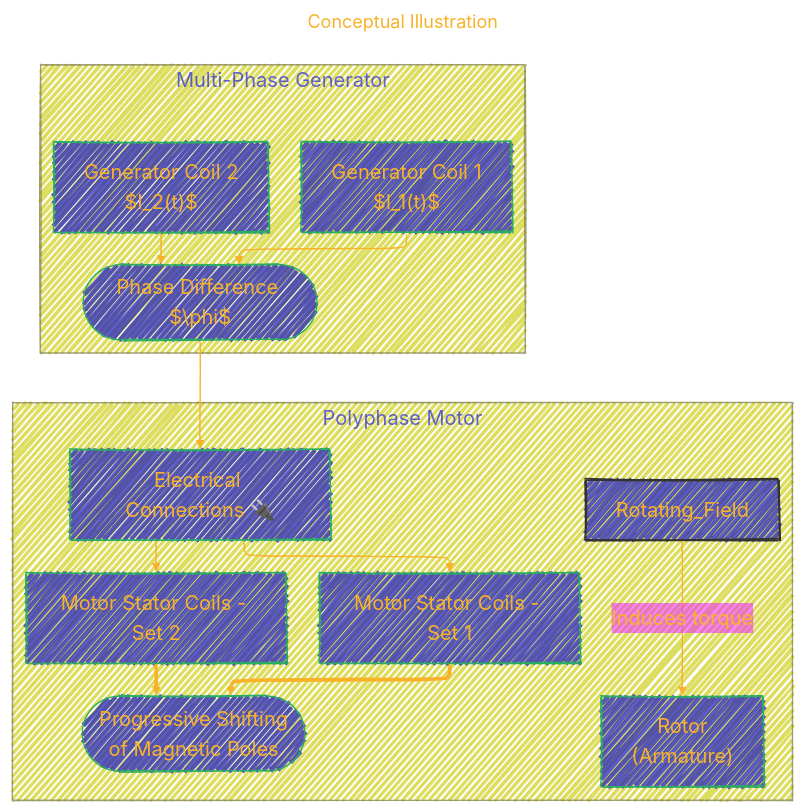
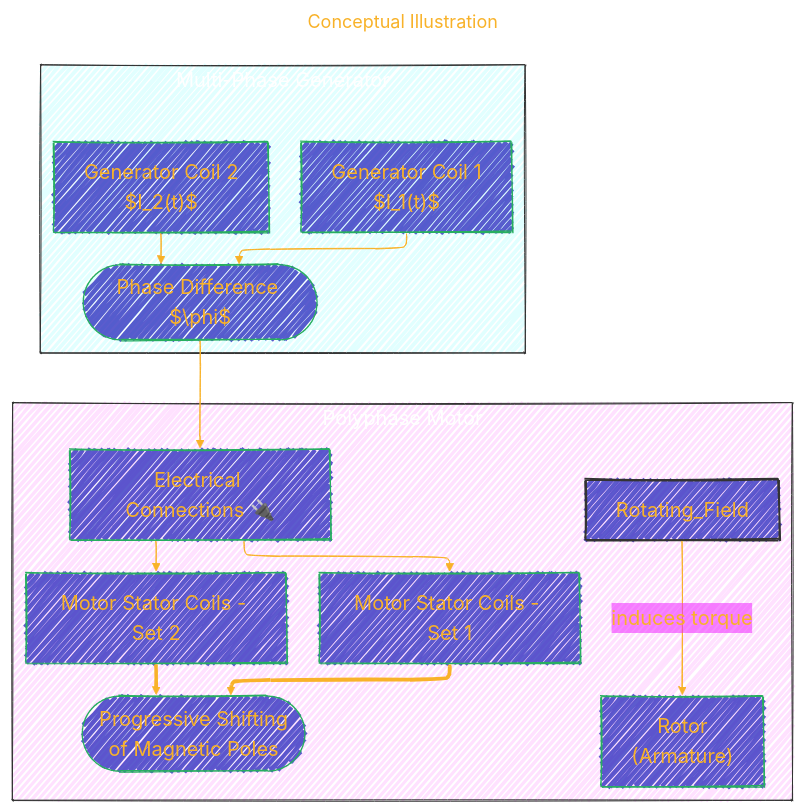
Before and after one commit to CongLeSolutionX/Nikola_Tesla: the third of 14 diagrams in BOOK_Transmission_of_Power_POLYPHASE_SYSTEM_Tesla_patents/BOOK_Transmission_of_Power_POLYPHASE_SYSTEM_Tesla_patents.md, drawn with Mermaid. The commit also changed other lines of this file, not shown here.

````diff
--- a/BOOK_Transmission_of_Power_POLYPHASE_SYSTEM_Tesla_patents/BOOK_Transmission_of_Power_POLYPHASE_SYSTEM_Tesla_patents.md
+++ b/BOOK_Transmission_of_Power_POLYPHASE_SYSTEM_Tesla_patents/BOOK_Transmission_of_Power_POLYPHASE_SYSTEM_Tesla_patents.md
@@ -165,57 +165,59 @@
 ```mermaid
 ---
 title: "Conceptual Illustration"
 author: "Cong Le"
 version: "1.0"
 license(s): "MIT, CC BY-SA 4.0"
 copyright: "Copyright (c) 2025 Cong Le. All Rights Reserved."
 config:
   layout: elk
   theme: base
   look: handDrawn
 ---
 %%%%%%%% Mermaid version v11.4.1-b.14
 %%%%%%%% Available curve styles include the following keywords:
 %% basis, bumpX, bumpY, cardinal, catmullRom, linear, monotoneX, monotoneY, natural, step, stepAfter, stepBefore.
 %%{
   init: {
     'flowchart': { 'htmlLabels': true, 'curve': 'basis' },
     'fontFamily': 'American Typewriter, monospace',
     'logLevel': 'fatal',
     'themeVariables': {
       'primaryColor': '#22BB',
       'primaryTextColor': '#F8B229',
       'lineColor': '#F8B229',
       'primaryBorderColor': '#27AE60',
       'secondaryColor': '#E2F1',
       'secondaryTextColor': '#6C3483',
       'secondaryBorderColor': '#A569BD',
       'fontSize': '20px'
     }
   }
 }%%
 flowchart TD
     subgraph MultiPhase_Generator["Multi-Phase Generator"]
+    style MultiPhase_Generator fill:#2FF2,stroke:#333,stroke-width:1px, color: #FFFF
         G_Coil1["Generator Coil 1<br/>$I_1(t)$"]
         G_Coil2["Generator Coil 2<br/>$I_2(t)$"]
         PhaseDiff(["Phase Difference $\phi$"])
         G_Coil1 --> PhaseDiff
         G_Coil2 --> PhaseDiff
     end
 
     PhaseDiff --> Connections["Electrical Connections 🔌"]
 
     subgraph Polyphase_Motor["Polyphase Motor"]
+    style Polyphase_Motor fill:#F2F2,stroke:#333,stroke-width:1px, color: #FFFF
         M_Coil_Set1["Motor Stator Coils - Set 1"]
         M_Coil_Set2["Motor Stator Coils - Set 2"]
         Rotor["Rotor<br/>(Armature)"]
         RotatingField(["Progressive Shifting <br/> of Magnetic Poles"])
         Connections --> M_Coil_Set1
         Connections --> M_Coil_Set2
         M_Coil_Set1 ==> RotatingField
         M_Coil_Set2 ==> RotatingField
-        Rotating_Field -- Induces torque --> Rotor
+        Rotating_Field -- induces torque --> Rotor
     end
 
     style Rotating_Field fill:#22BB,stroke:#333,stroke-width:2px
 ```
````
